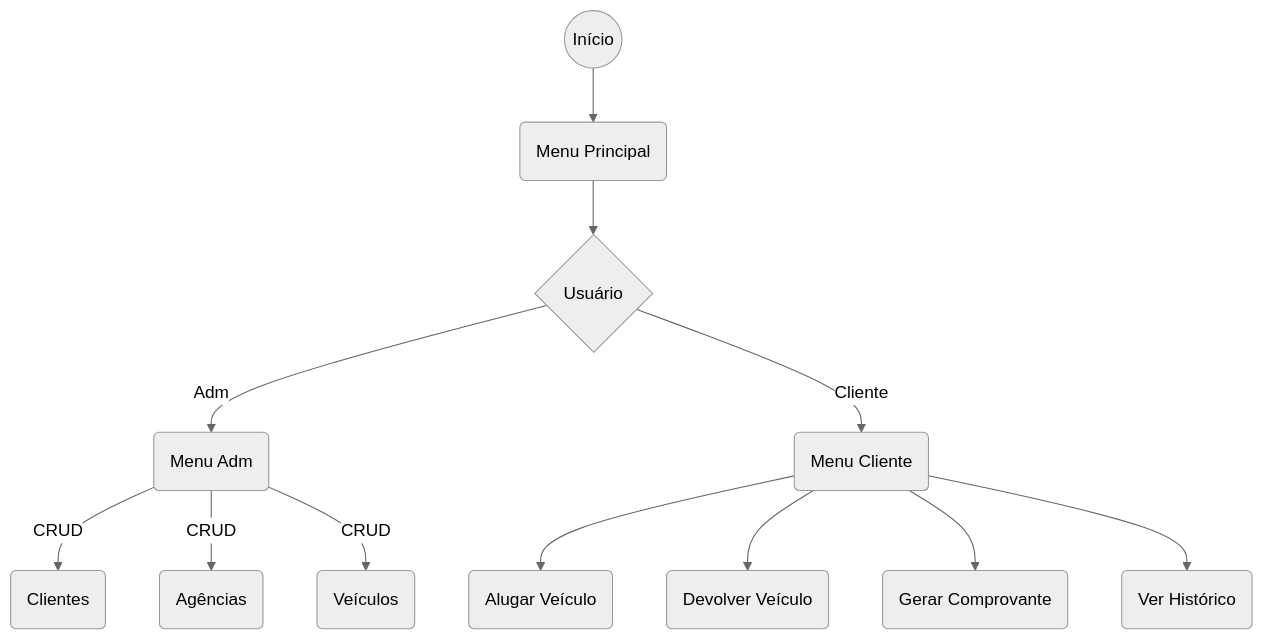
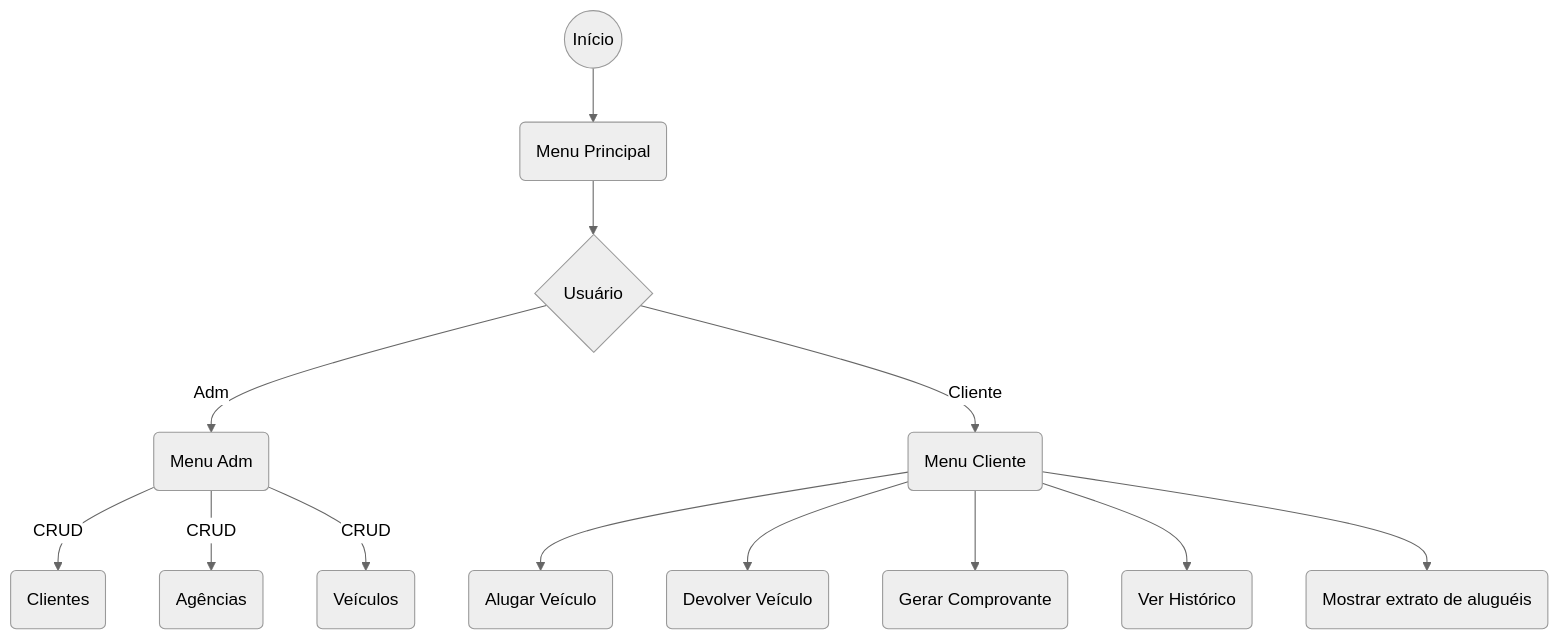
Before and after one commit to danielrdrgsn/projeto-rental-cars: the second of 2 diagrams in README.md, drawn with Mermaid (neutral theme). The commit also changed other lines of this file and 1 other file, not shown here.

````diff
--- a/README.md
+++ b/README.md
@@ -68,14 +85,16 @@
-```mermaid
+```mermaid    
 flowchart TD
     A((Início)) --> B(Menu Principal)
     B --> C{Usuário}
     C -- Adm --> D(Menu Adm)
     C -- Cliente --> E(Menu Cliente)
     D -- CRUD --> F(Clientes)
     D -- CRUD --> G(Agências)
     D -- CRUD --> H(Veículos)
     E --> I(Alugar Veículo)
     E --> J(Devolver Veículo)
     E --> K(Gerar Comprovante)
     E --> L(Ver Histórico)
+    E --> M(Mostrar extrato de aluguéis)
+
 ```
````
